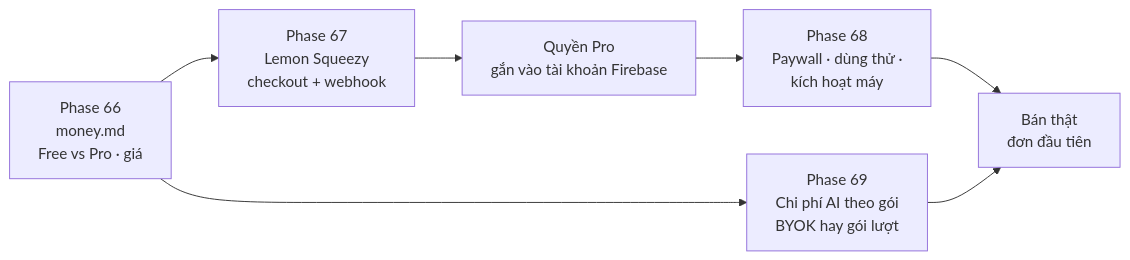
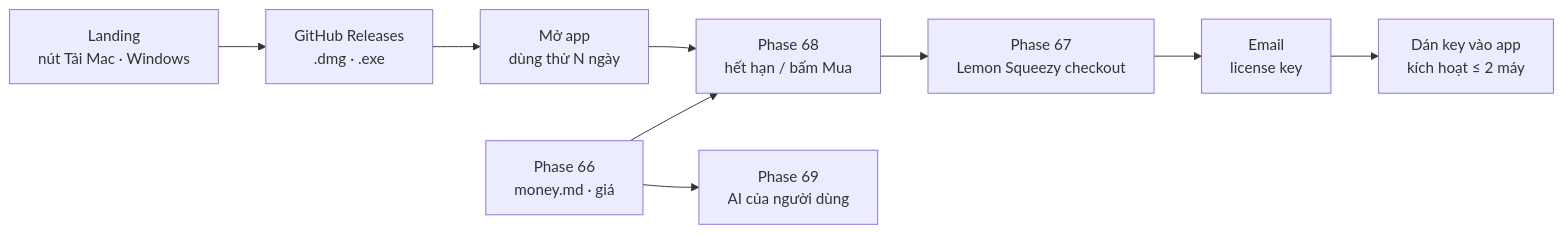
The diagram in docs/web/version-10.md (nvminhtu/niche-radar-docs), drawn with Mermaid before and after one commit. The commit also changed other lines of this file and 45 other files, not shown here.

Commit message:
docs: sync — bán app Mac + Windows, V9/V10 lên trên, vạch KO LÀM, Phase 82 Windows, đánh giá lại Wow Keywords

````diff
--- a/docs/web/version-10.md
+++ b/docs/web/version-10.md
@@ -21,8 +38,11 @@
 ```mermaid
 flowchart LR
-  M[Phase 66<br/>money.md<br/>Free vs Pro · giá] --> P[Phase 67<br/>Lemon Squeezy<br/>checkout + webhook]
-  P --> E[Quyền Pro<br/>gắn vào tài khoản Firebase]
-  E --> W[Phase 68<br/>Paywall · dùng thử ·<br/>kích hoạt máy]
-  M --> C[Phase 69<br/>Chi phí AI theo gói<br/>BYOK hay gói lượt]
-  W & C --> S[Bán thật<br/>đơn đầu tiên]
+  L[Landing<br/>nút Tải Mac · Windows] --> D[GitHub Releases<br/>.dmg · .exe]
+  D --> T[Mở app<br/>dùng thử N ngày]
+  T --> PW[Phase 68<br/>hết hạn / bấm Mua]
+  PW --> CO[Phase 67<br/>Lemon Squeezy checkout]
+  CO --> K[Email<br/>license key]
+  K --> A[Dán key vào app<br/>kích hoạt ≤ 2 máy]
+  M[Phase 66<br/>money.md · giá] --> PW
+  M --> AI[Phase 69<br/>AI của người dùng]
 ```
````
